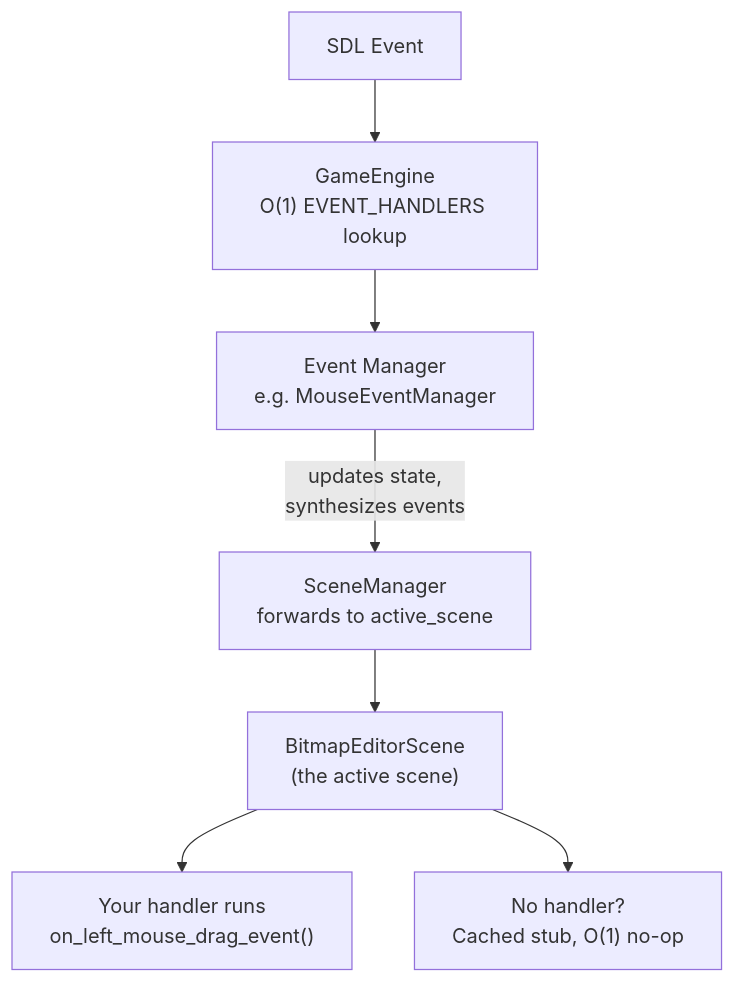
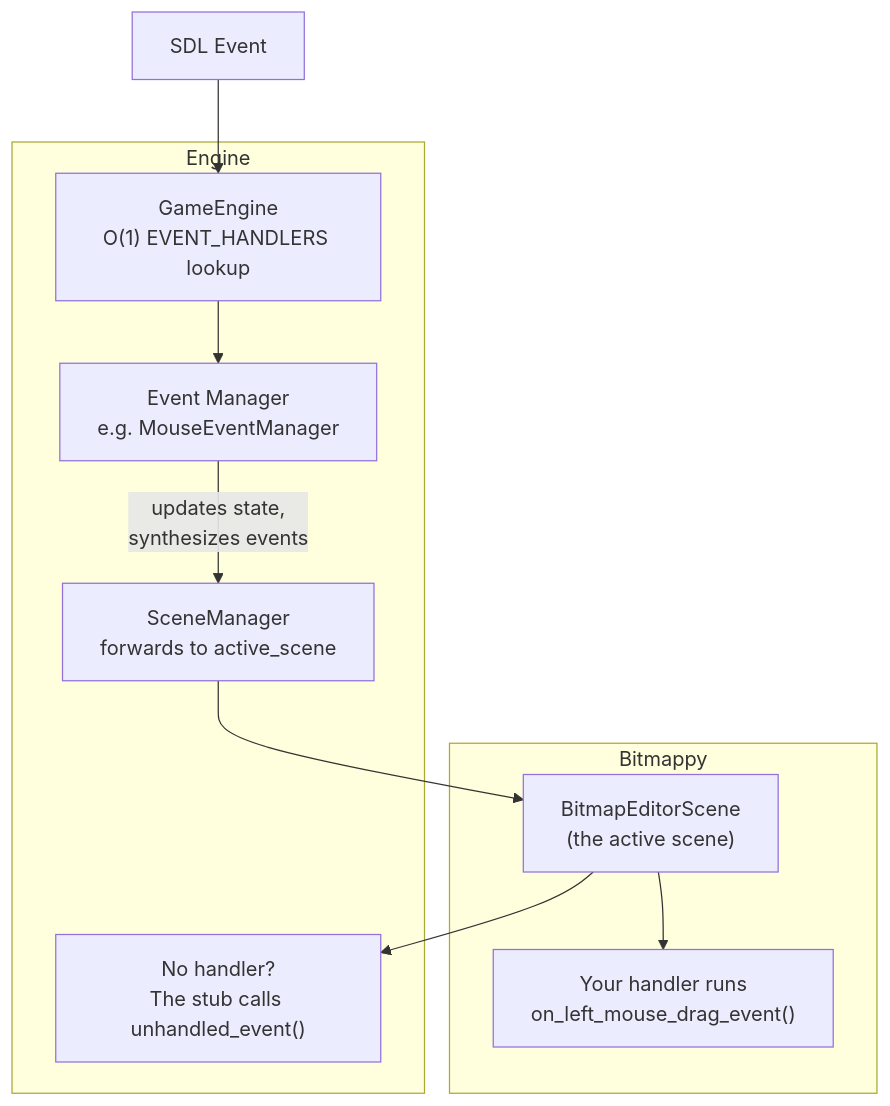
Before and after one commit to terrysimons/glitchygames: the third of 10 diagrams in docs/architecture/bitmappy.md, drawn with Mermaid. The commit also changed other lines of this file and 571 other files, not shown here.

````diff
--- a/docs/architecture/bitmappy.md
+++ b/docs/architecture/bitmappy.md
@@ -74,9 +151,16 @@
 ```mermaid
 flowchart TD
-    SDL["SDL Event"] --> GE["GameEngine\nO#40;1#41; EVENT_HANDLERS lookup"]
-    GE --> MGR["Event Manager\ne.g. MouseEventManager"]
-    MGR -->|"updates state,\nsynthesizes events"| SM["SceneManager\nforwards to active_scene"]
-    SM --> BES["BitmapEditorScene\n#40;the active scene#41;"]
-    BES --> HANDLER["Your handler runs\non_left_mouse_drag_event#40;#41;"]
-    BES --> STUB["No handler?\nCached stub, O#40;1#41; no-op"]
+    SDL["SDL Event"] --> GE
+    subgraph ENGINE_BITMAPPY_EVENT_FLOW["Engine"]
+        GE["GameEngine\nO#40;1#41; EVENT_HANDLERS lookup"]
+        GE --> MGR["Event Manager\ne.g. MouseEventManager"]
+        MGR -->|"updates state,\nsynthesizes events"| SM["SceneManager\nforwards to active_scene"]
+        STUB["No handler?\nThe stub calls unhandled_event#40;#41;"]
+    end
+    subgraph APP_BITMAPPY_EVENT_FLOW["Bitmappy"]
+        BES["BitmapEditorScene\n#40;the active scene#41;"]
+        BES --> HANDLER["Your handler runs\non_left_mouse_drag_event#40;#41;"]
+    end
+    SM --> BES
+    BES --> STUB
 ```
````
